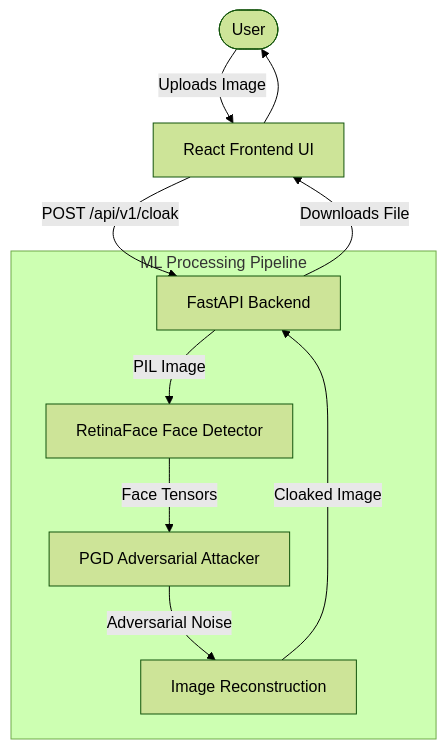
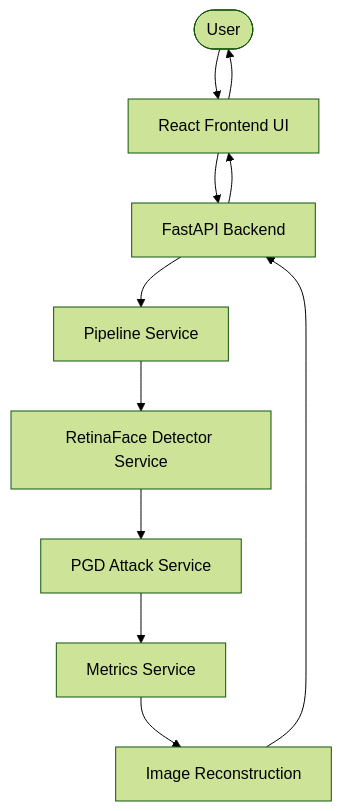
Before and after one commit to Shubham-Atram-ai/AntiDeepfake: the diagram in README.md, drawn with Mermaid (forest theme). The commit also changed other lines of this file and 1 other file, not shown here.

````diff
--- a/README.md
+++ b/README.md
@@ -76,15 +62,13 @@
 ```mermaid
 graph TD
-    User([User]) -->|Uploads Image| UI[React Frontend UI]
-    UI -->|POST /api/v1/cloak| API[FastAPI Backend]
-    
-    subgraph ML Processing Pipeline
-        API -->|PIL Image| Detector[RetinaFace Face Detector]
-        Detector -->|Face Tensors| Attacker[PGD Adversarial Attacker]
-        Attacker -->|Adversarial Noise| Recon[Image Reconstruction]
-    end
-    
-    Recon -->|Cloaked Image| API
-    API -->|Downloads File| UI
+    User([User]) --> UI[React Frontend UI]
+    UI --> API[FastAPI Backend]
+    API --> Pipeline[Pipeline Service]
+    Pipeline --> Detector[RetinaFace Detector Service]
+    Detector --> Attack[PGD Attack Service]
+    Attack --> Metrics[Metrics Service]
+    Metrics --> Reconstruct[Image Reconstruction]
+    Reconstruct --> API
+    API --> UI
     UI --> User
 ```
````
